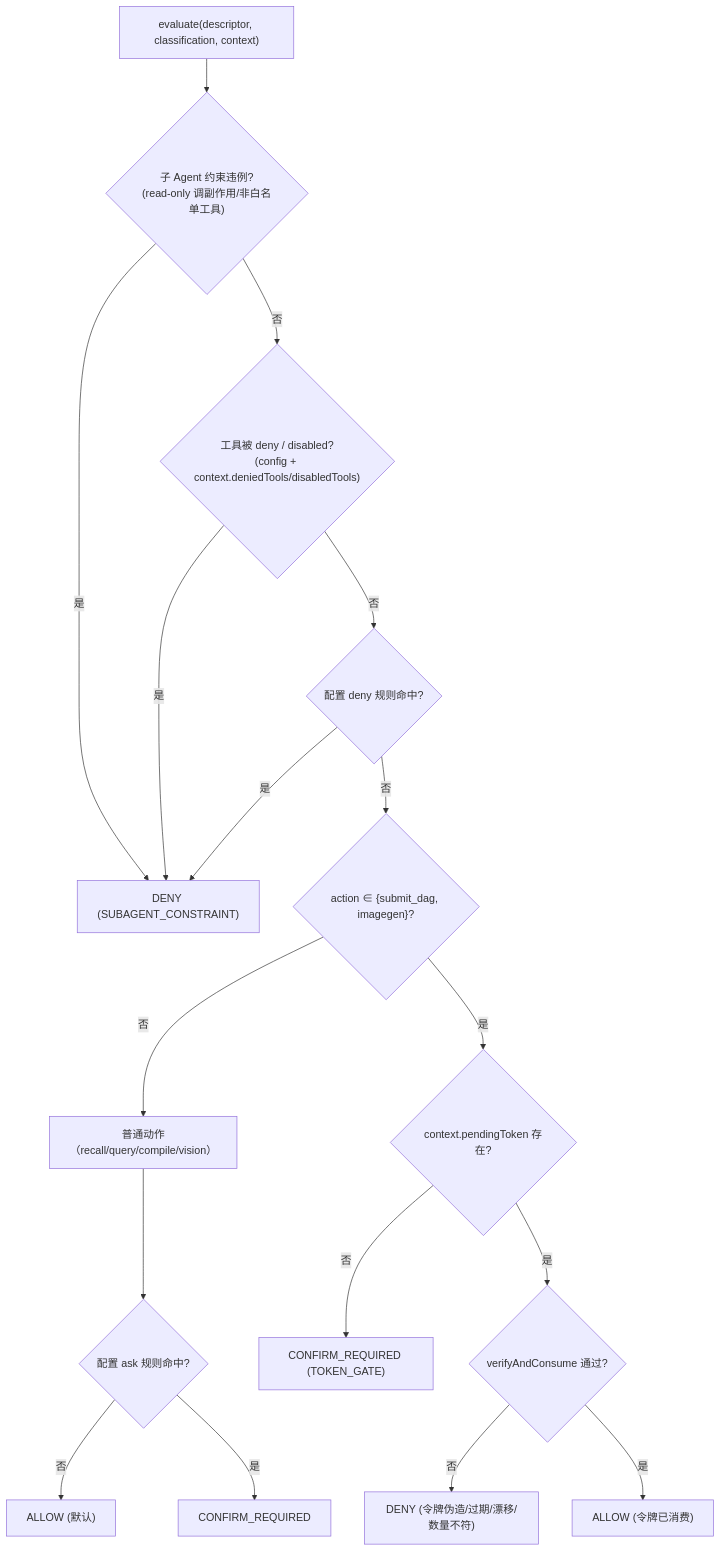
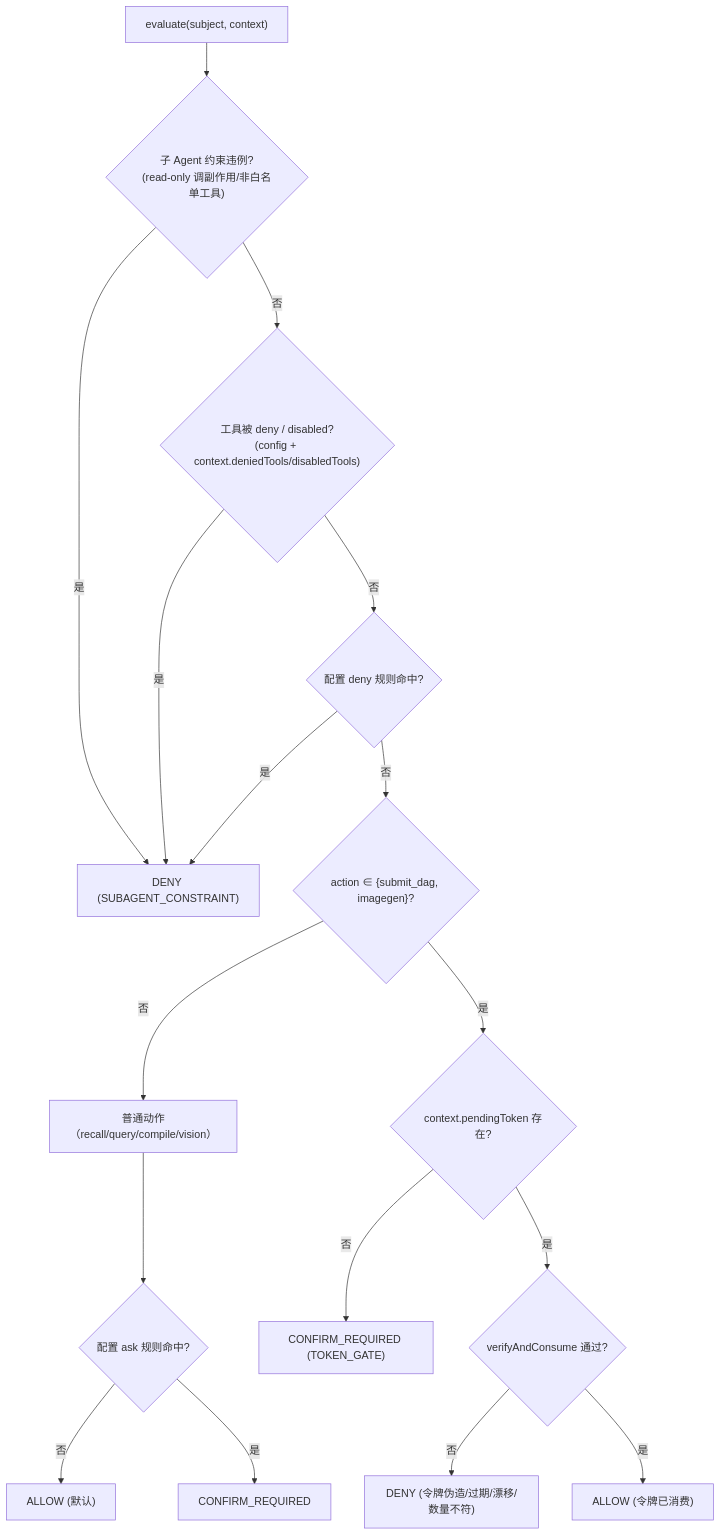
One commit to EtherealStar/PixFlow changed the second of 2 diagrams in docs/design-docs/module/permission.md. Above: the diagram before and after it, drawn with Mermaid. The commit also changed other lines of this file and 19 other files, not shown here.

````diff
--- a/docs/design-docs/module/permission.md
+++ b/docs/design-docs/module/permission.md
@@ -286,19 +315,19 @@
 ```mermaid
 flowchart TD
-  Start["evaluate(descriptor, classification, context)"] --> A1{"子 Agent 约束违例?<br/>(read-only 调副作用/非白名单工具)"}
+  Start["evaluate(subject, context)"] --> A1{"子 Agent 约束违例?<br/>(read-only 调副作用/非白名单工具)"}
   A1 -->|是| Deny["DENY (SUBAGENT_CONSTRAINT)"]
   A1 -->|否| A2{"工具被 deny / disabled?<br/>(config + context.deniedTools/disabledTools)"}
   A2 -->|是| Deny
   A2 -->|否| A3{"配置 deny 规则命中?"}
   A3 -->|是| Deny
   A3 -->|否| B1{"action ∈ {submit_dag, imagegen}?"}
   B1 -->|否| C1["普通动作（recall/query/compile/vision）"]
   B1 -->|是| B2{"context.pendingToken 存在?"}
   B2 -->|否| Confirm["CONFIRM_REQUIRED (TOKEN_GATE)"]
   B2 -->|是| B3{"verifyAndConsume 通过?"}
   B3 -->|否| Deny2["DENY (令牌伪造/过期/漂移/数量不符)"]
   B3 -->|是| Allow1["ALLOW (令牌已消费)"]
   C1 --> C2{"配置 ask 规则命中?"}
   C2 -->|否| Allow2["ALLOW (默认)"]
   C2 -->|是| Confirm2["CONFIRM_REQUIRED"]
 ```
````
